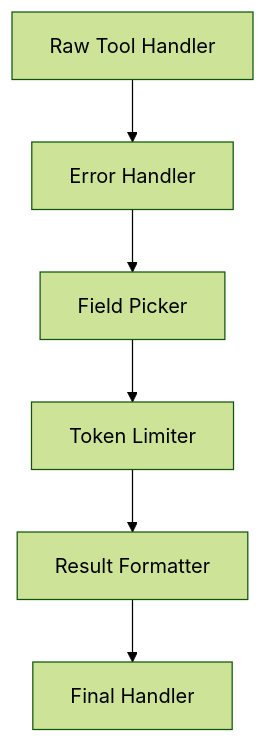
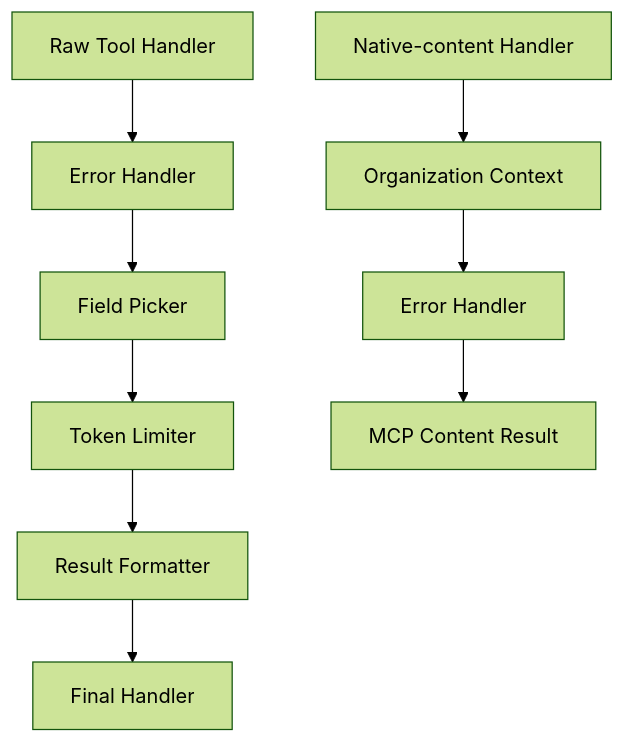
The sixth of 6 diagrams in docs/systemPatterns.md (nulab/backlog-mcp-server), drawn with Mermaid (forest theme) before and after one commit. The commit also changed other lines of this file and 13 other files, not shown here.

````diff
--- a/docs/systemPatterns.md
+++ b/docs/systemPatterns.md
@@ -219,8 +230,11 @@
 ```mermaid
 graph TD
     RawHandler[Raw Tool Handler] --> ErrorHandler[Error Handler]
     ErrorHandler --> FieldPicker[Field Picker]
     FieldPicker --> TokenLimiter[Token Limiter]
     TokenLimiter --> ResultFormatter[Result Formatter]
     ResultFormatter --> FinalHandler[Final Handler]
+    NativeHandler[Native-content Handler] --> NativeOrganization[Organization Context]
+    NativeOrganization --> NativeError[Error Handler]
+    NativeError --> NativeResult[MCP Content Result]
 ```
````
